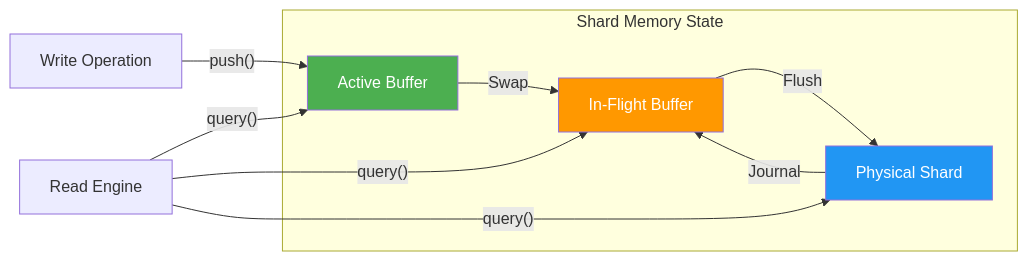
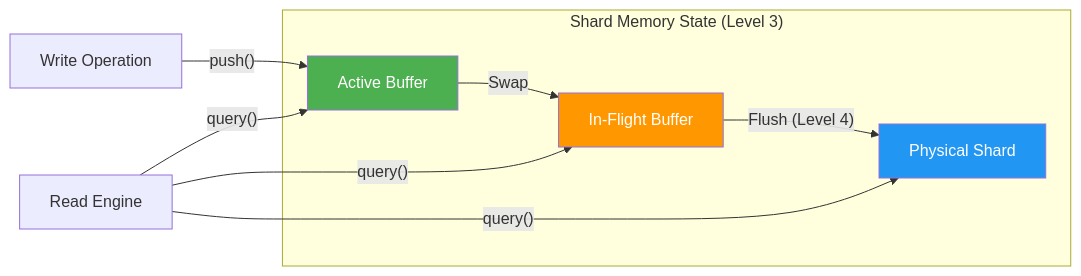
The first of 2 diagrams in ARCHITECTURE_EXPLAINED.md (CardSorting/BroccoliQ), drawn with Mermaid before and after one commit. The commit also changed other lines of this file and 12 other files, not shown here.

````diff
--- a/ARCHITECTURE_EXPLAINED.md
+++ b/ARCHITECTURE_EXPLAINED.md
@@ -16,17 +16,16 @@
 ```mermaid
 graph LR
-  subgraph "Shard Memory State"
+  subgraph "Shard Memory State (Level 3)"
     AB[Active Buffer] -- "Swap" --> IB[In-Flight Buffer]
-    IB -- "Flush" --> PS[Physical Shard]
-    PS -- "Journal" --> IB
+    IB -- "Flush (Level 4)" --> PS[Physical Shard]
   end
   
   W1[Write Operation] -- "push()" --> AB
   RE[Read Engine] -- "query()" --> AB
   RE -- "query()" --> IB
   RE -- "query()" --> PS
   
   style AB fill:#4caf50,color:#fff
   style IB fill:#ff9800,color:#fff
   style PS fill:#2196f3,color:#fff
 ```
````
